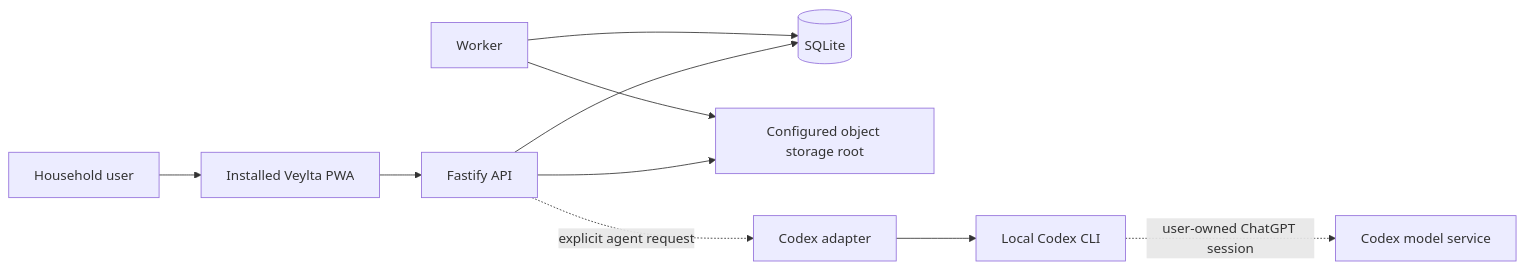
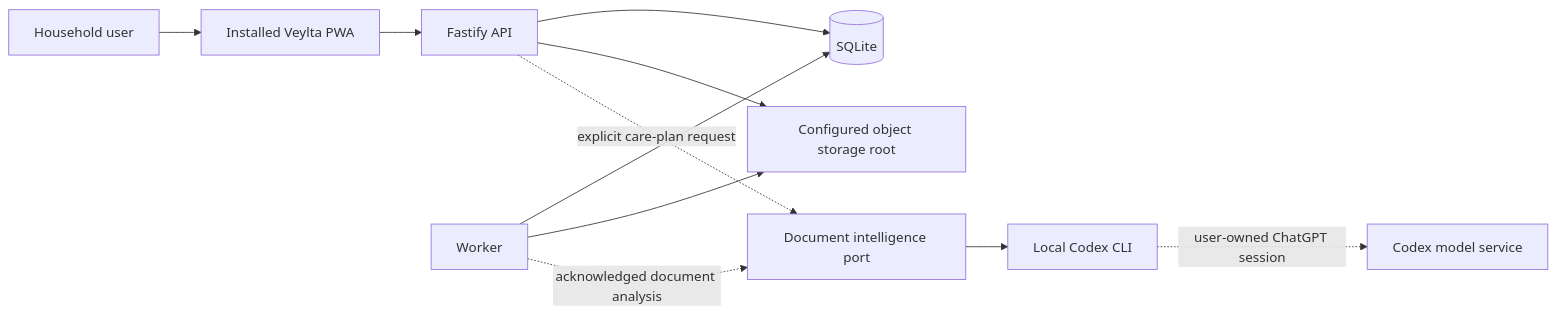
One commit to Braidner/veylta changed the first of 3 diagrams in docs/architecture.md. Above: the diagram before and after it, drawn with Mermaid. The commit also changed other lines of this file and 52 other files, not shown here.

````diff
--- a/docs/architecture.md
+++ b/docs/architecture.md
@@ -9,12 +9,13 @@
 ```mermaid
 flowchart LR
   U["Household user"] --> P["Installed Veylta PWA"]
   P --> A["Fastify API"]
   A --> D[("SQLite")]
   A --> O["Configured object storage root"]
   W["Worker"] --> D
   W --> O
-  A -. "explicit agent request" .-> C["Codex adapter"]
+  W -. "acknowledged document analysis" .-> C["Document intelligence port"]
+  A -. "explicit care-plan request" .-> C
   C --> X["Local Codex CLI"]
   X -. "user-owned ChatGPT session" .-> M["Codex model service"]
 ```
````
